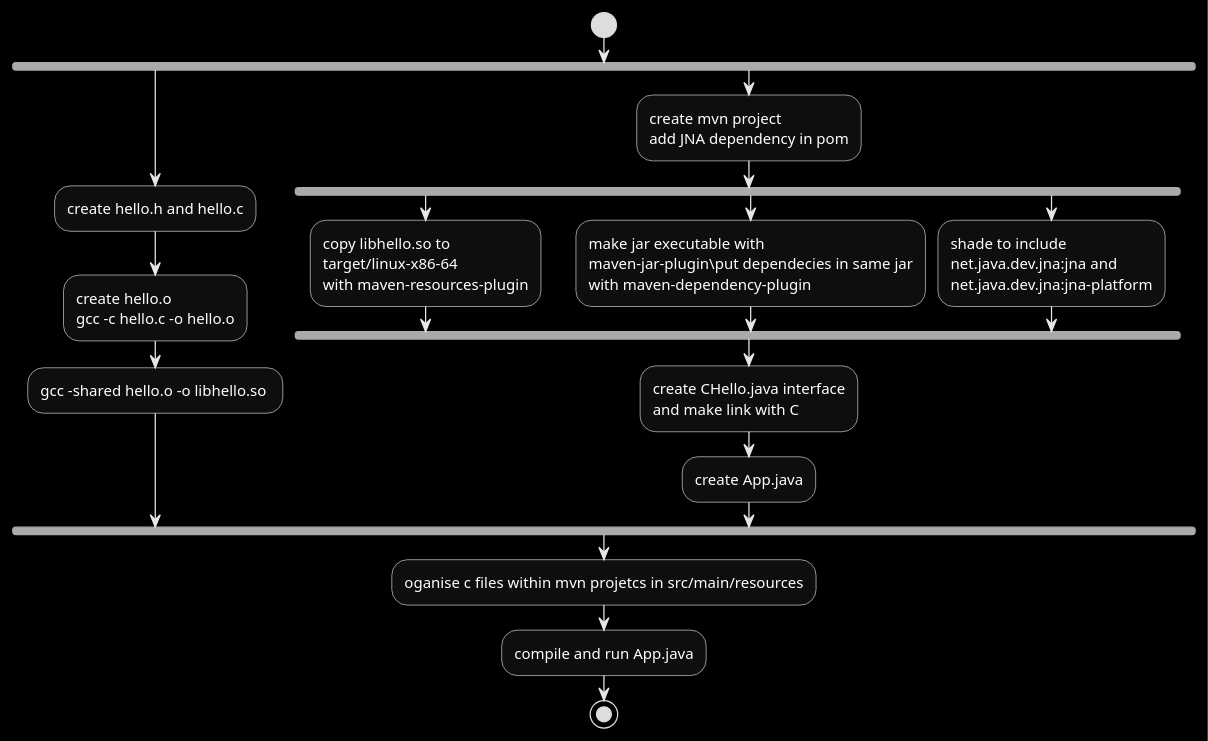
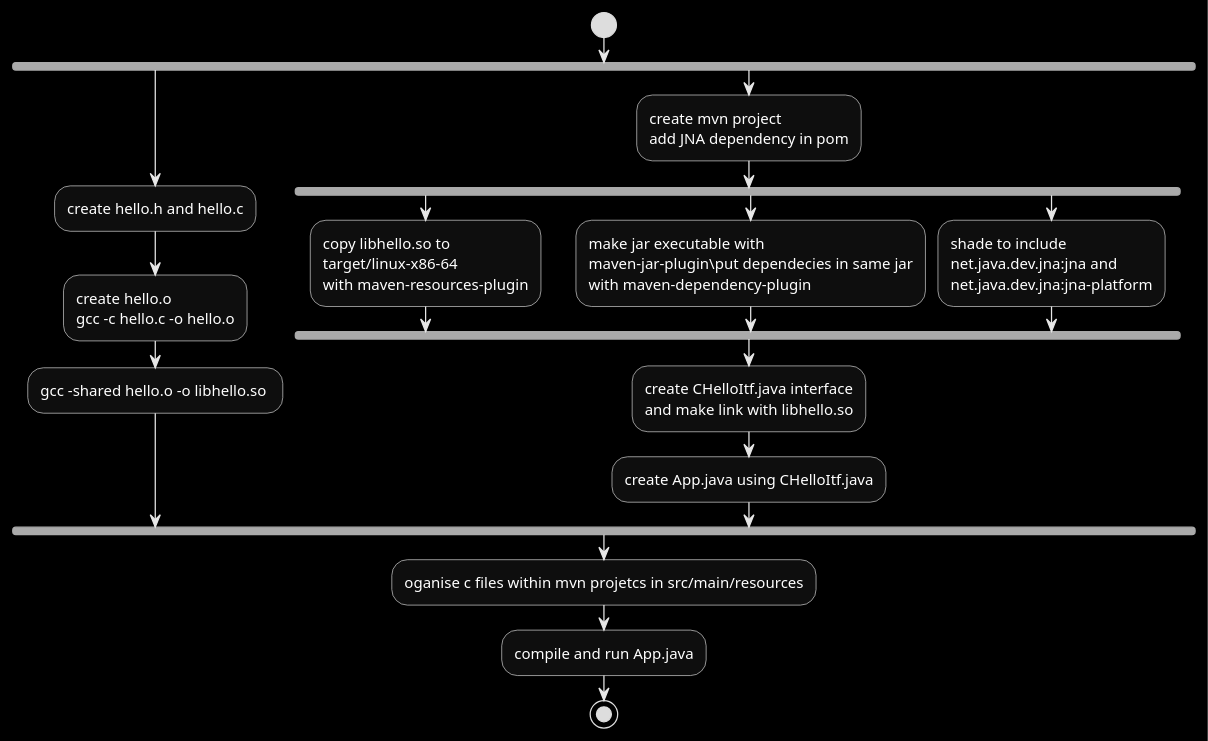
One commit to french-ist/cyclonedds changed the diagram in src/api/java5/cyclone-dds/src/main/java/org/eclipse/cyclonedds/CHello/README.md. Above: the diagram before and after it, drawn with PlantUML. The commit also changed 1 other file, not shown here.

Commit message:
Reorganizing CHello

````diff
--- a/src/api/java5/cyclone-dds/src/main/java/org/eclipse/cyclonedds/CHello/README.md
+++ b/src/api/java5/cyclone-dds/src/main/java/org/eclipse/cyclonedds/CHello/README.md
@@ -13,23 +13,23 @@
 ```plantuml
 skinparam monochrome reverse
 start
 fork
 :create hello.h and hello.c;
 :create hello.o\ngcc -c hello.c -o hello.o;
 :gcc -shared hello.o -o libhello.so ;
 fork again
 :create mvn project\nadd JNA dependency in pom;
     fork
     :copy libhello.so to\ntarget/linux-x86-64\nwith maven-resources-plugin;
     fork again    
     :make jar executable with\nmaven-jar-plugin\put dependecies in same jar\nwith maven-dependency-plugin;
     fork again
     :shade to include\nnet.java.dev.jna:jna and \nnet.java.dev.jna:jna-platform;     
     end fork
-:create CHello.java interface\nand make link with C;
-:create App.java;
+:create CHelloItf.java interface\nand make link with libhello.so;
+:create App.java using CHelloItf.java;
 end fork
 :oganise c files within mvn projetcs in src/main/resources;
 :compile and run App.java;
 stop
 ```
````
